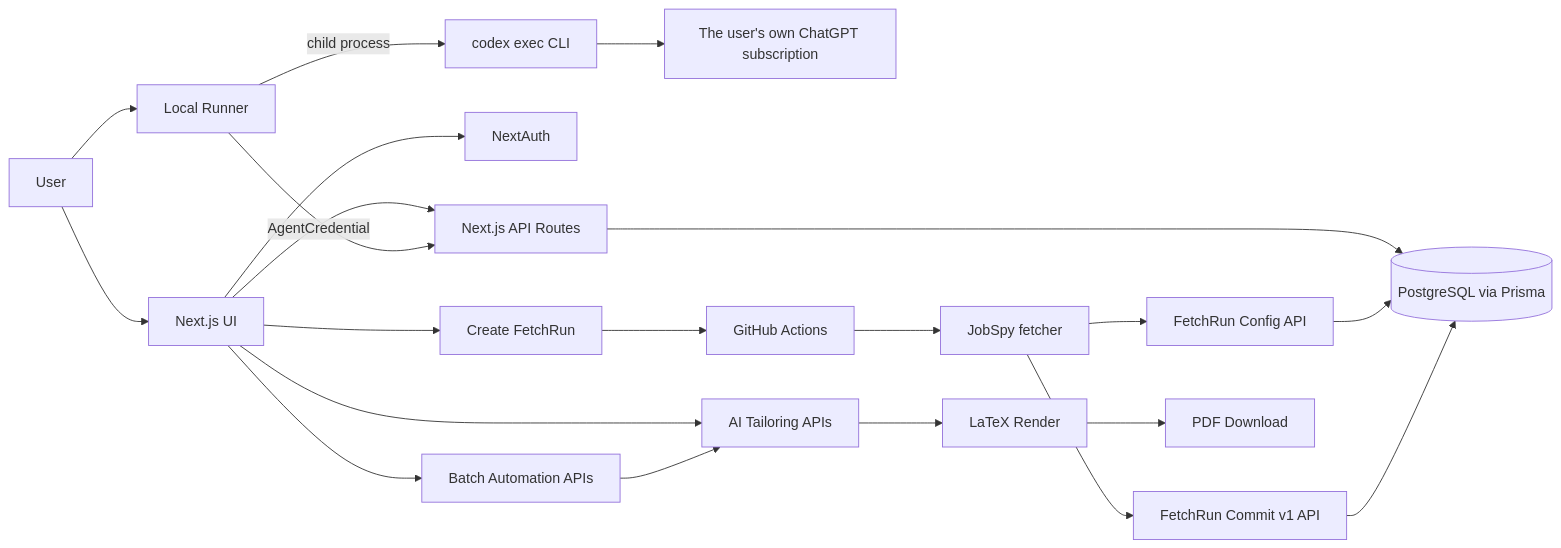
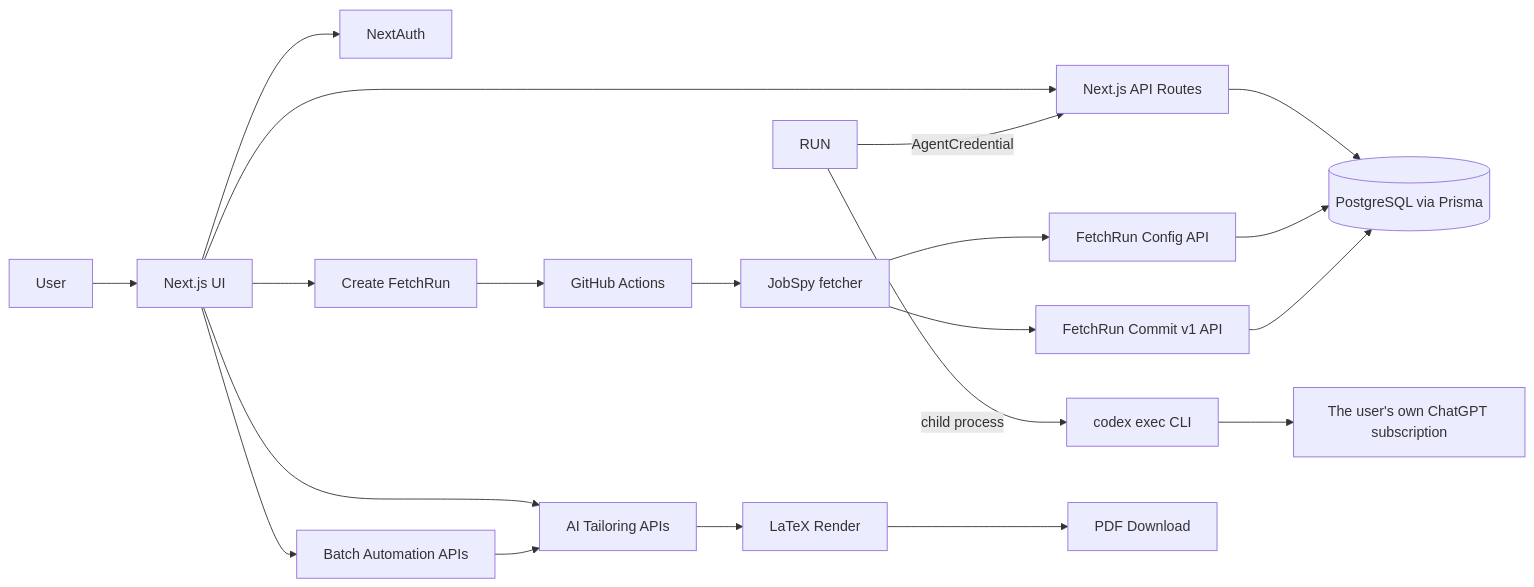
Before and after one commit to ShousenZHANG/joblit: the diagram in README.md, drawn with Mermaid. The commit also changed other lines of this file and 191 other files, not shown here.

````diff
--- a/README.md
+++ b/README.md
@@ -267,28 +190,27 @@
 ```mermaid
 flowchart LR
   U[User] --> FE[Next.js UI]
-  U --> RUN[Local Runner]
 
   FE --> API[Next.js API Routes]
   API --> DB[(PostgreSQL via Prisma)]
   FE --> AUTH[NextAuth]
 
   RUN -->|AgentCredential| API
   RUN -->|child process| CODEX[codex exec CLI]
   CODEX --> GPT[The user's own ChatGPT subscription]
 
   FE --> FR[Create FetchRun]
   FR --> GH[GitHub Actions]
   GH --> PY[JobSpy fetcher]
   PY --> CFG[FetchRun Config API]
   PY --> COMMIT[FetchRun Commit v1 API]
   CFG --> DB
   COMMIT --> DB
 
   FE --> AIPATH[AI Tailoring APIs]
   AIPATH --> PDF[LaTeX Render]
   PDF --> DL[PDF Download]
 
   FE --> BATCH[Batch Automation APIs]
   BATCH --> AIPATH
 ```
````
